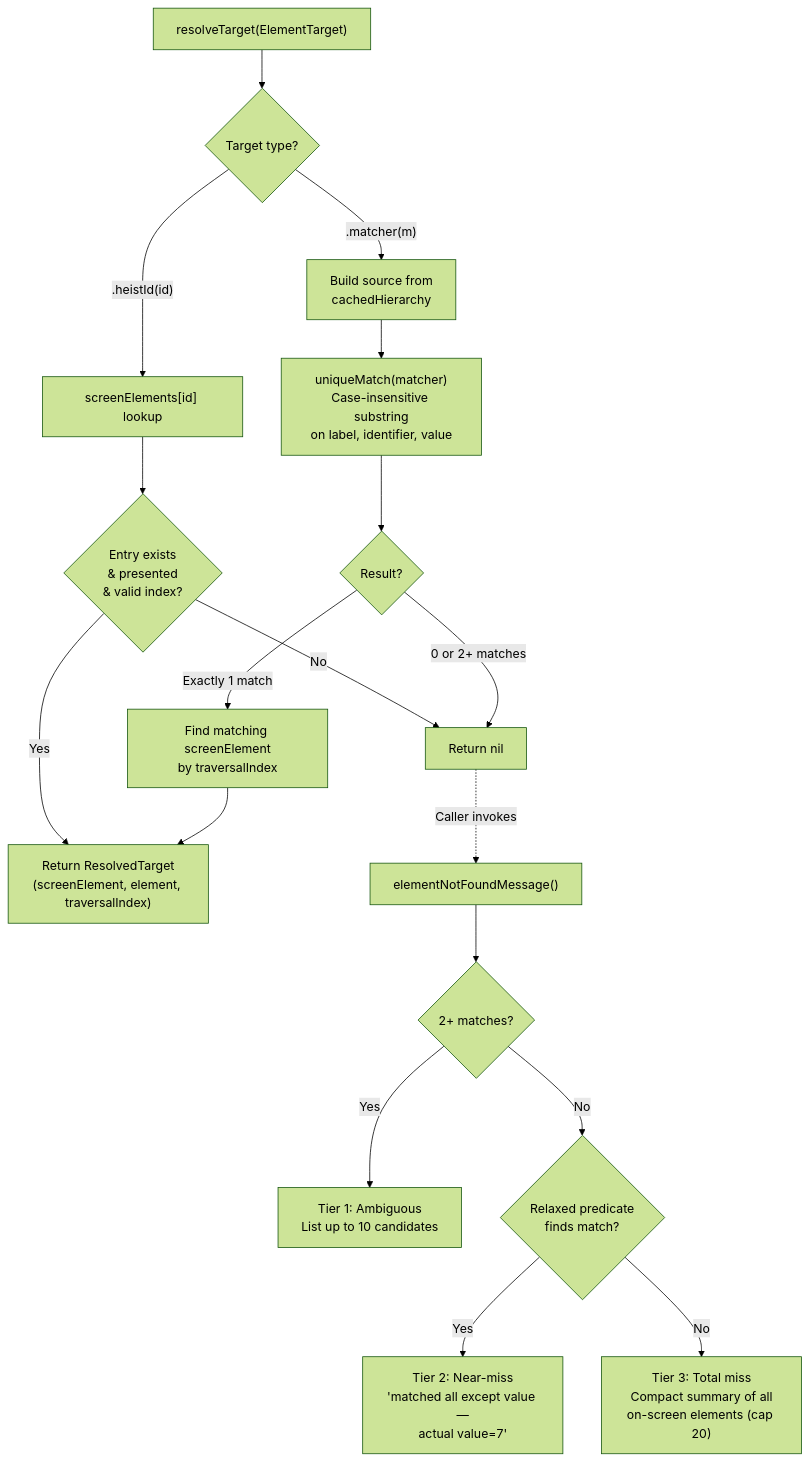
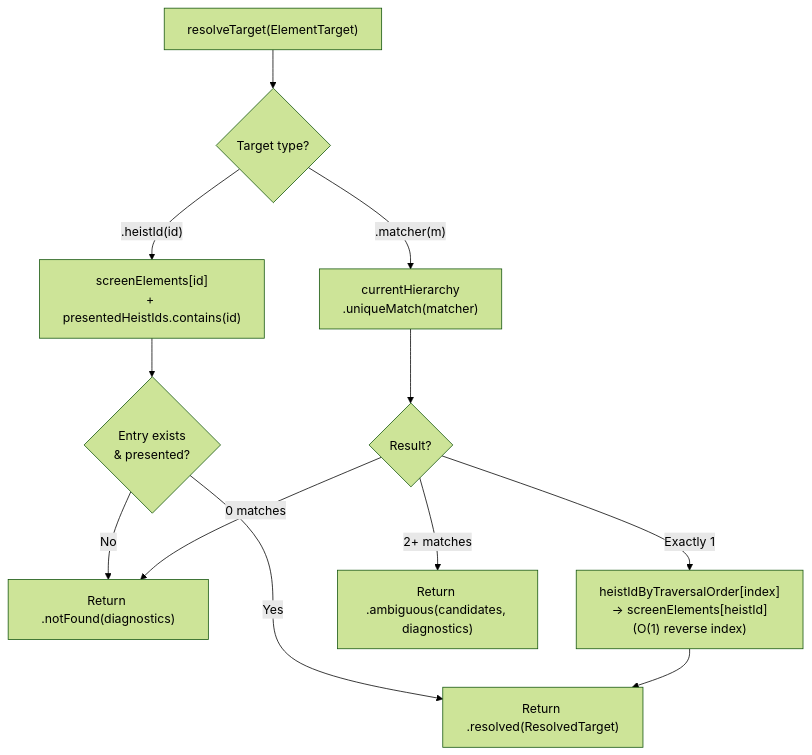
One commit to RoyalPineapple/TheButtonHeist changed the sixth of 7 diagrams in docs/dossiers/13-THEBAGMAN.md. Above: the diagram before and after it, drawn with Mermaid (forest theme). The commit also changed other lines of this file and 18 other files, not shown here.

First line of the commit message:
Fix full scan cache bug + redesign TheBagman architecture (#197)

````diff
--- a/docs/dossiers/13-THEBAGMAN.md
+++ b/docs/dossiers/13-THEBAGMAN.md
@@ -165,22 +167,15 @@
 ```mermaid
 flowchart TD
     A["resolveTarget(ElementTarget)"] --> B{Target type?}
-    B -->|".heistId(id)"| C["screenElements[id] lookup"]
-    C --> D{Entry exists<br/>& presented<br/>& valid index?}
-    D -->|Yes| E["Return ResolvedTarget<br/>(screenElement, element, traversalIndex)"]
-    D -->|No| F["Return nil"]
+    B -->|".heistId(id)"| C["screenElements[id]<br/>+ presentedHeistIds.contains(id)"]
+    C --> D{Entry exists<br/>& presented?}
+    D -->|Yes| E["Return .resolved(ResolvedTarget)"]
+    D -->|No| F["Return .notFound(diagnostics)"]
 
-    B -->|".matcher(m)"| G["Build source from<br/>cachedHierarchy"]
-    G --> H["uniqueMatch(matcher)<br/>Case-insensitive substring<br/>on label, identifier, value"]
-    H --> I{Result?}
-    I -->|Exactly 1 match| J["Find matching screenElement<br/>by traversalIndex"]
-    J --> E
-    I -->|0 or 2+ matches| F
-
-    F -.->|"Caller invokes"| K["elementNotFoundMessage()"]
-    K --> T1{"2+ matches?"}
-    T1 -->|Yes| L["Tier 1: Ambiguous<br/>List up to 10 candidates"]
-    T1 -->|No| T2{"Relaxed predicate<br/>finds match?"}
-    T2 -->|Yes| M["Tier 2: Near-miss<br/>'matched all except value —<br/>actual value=7'"]
-    T2 -->|No| N["Tier 3: Total miss<br/>Compact summary of all<br/>on-screen elements (cap 20)"]
+    B -->|".matcher(m)"| G["currentHierarchy<br/>.uniqueMatch(matcher)"]
+    G --> H{Result?}
+    H -->|Exactly 1| I["heistIdByTraversalOrder[index]<br/>→ screenElements[heistId]<br/>(O(1) reverse index)"]
+    I --> E
+    H -->|0 matches| F
+    H -->|2+ matches| AMB["Return .ambiguous(candidates, diagnostics)"]
 ```
````
